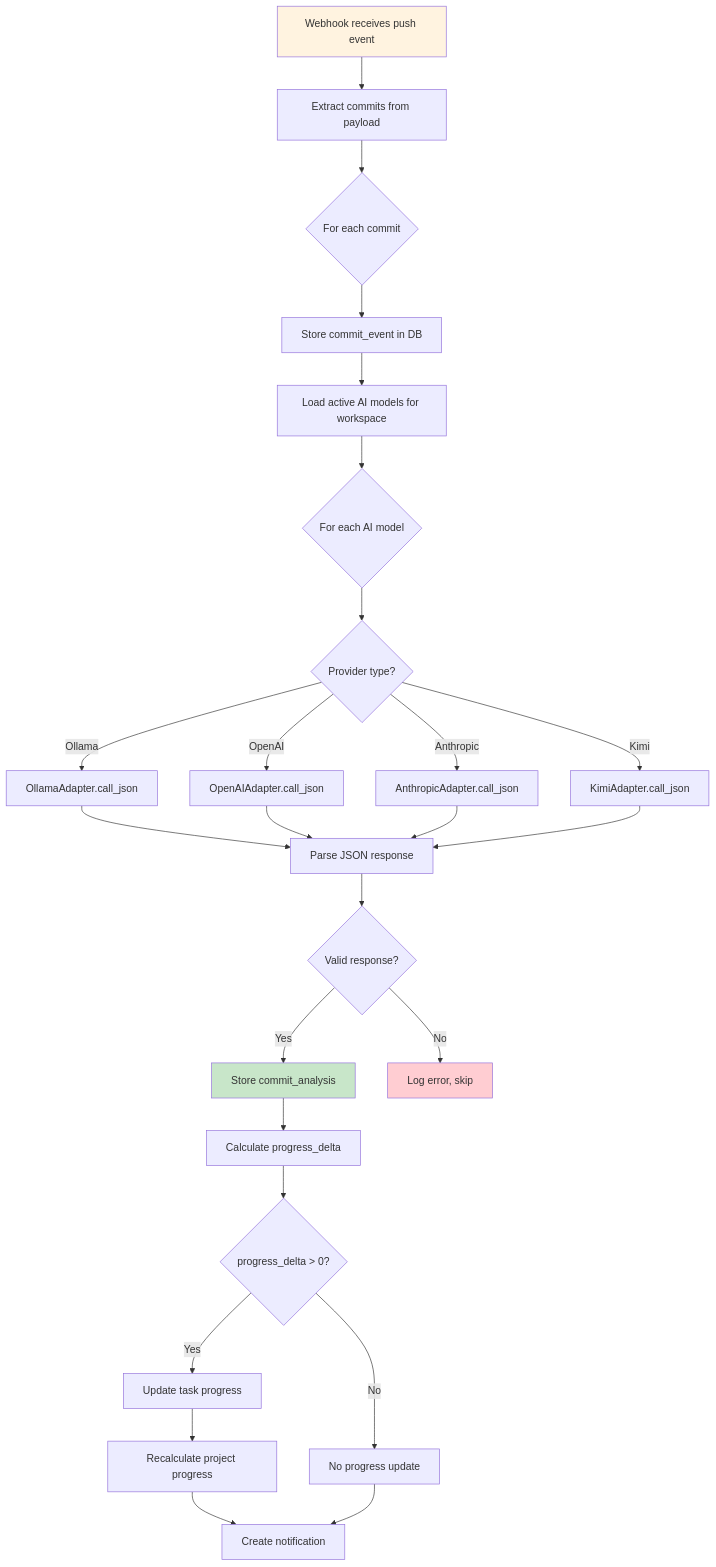
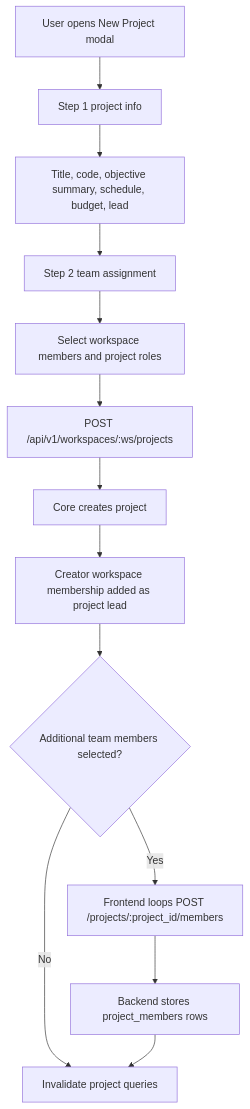
The third of 8 diagrams in docs/FLOWCHARTS.md (cvrvai/OPPM-AI-work-management-system), drawn with Mermaid before and after one commit. The commit also changed other lines of this file and 12 other files, not shown here.

````diff
--- a/docs/FLOWCHARTS.md
+++ b/docs/FLOWCHARTS.md
@@ -149,36 +53,15 @@
 ```mermaid
 flowchart TD
-    A[Webhook receives push event] --> B[Extract commits from payload]
-    B --> C{For each commit}
-    C --> D[Store commit_event in DB]
-    D --> E[Load active AI models for workspace]
-    E --> F{For each AI model}
-
-    F --> G{Provider type?}
-    G -->|Ollama| H[OllamaAdapter.call_json]
-    G -->|OpenAI| I[OpenAIAdapter.call_json]
-    G -->|Anthropic| J[AnthropicAdapter.call_json]
-    G -->|Kimi| K[KimiAdapter.call_json]
-
-    H --> L[Parse JSON response]
-    I --> L
-    J --> L
-    K --> L
-
-    L --> M{Valid response?}
-    M -->|Yes| N[Store commit_analysis]
-    M -->|No| O[Log error, skip]
-
-    N --> P[Calculate progress_delta]
-    P --> Q{progress_delta > 0?}
-    Q -->|Yes| R[Update task progress]
-    R --> S[Recalculate project progress]
-    Q -->|No| T[No progress update]
-
-    S --> U[Create notification]
-    T --> U
-
-    style A fill:#fff3e0
-    style N fill:#c8e6c9
-    style O fill:#ffcdd2
+    A[User opens New Project modal] --> B[Step 1 project info]
+    B --> C[Title, code, objective summary, schedule, budget, lead]
+    C --> D[Step 2 team assignment]
+    D --> E[Select workspace members and project roles]
+    E --> F[POST /api/v1/workspaces/:ws/projects]
+    F --> G[Core creates project]
+    G --> H[Creator workspace membership added as project lead]
+    H --> I{Additional team members selected?}
+    I -- No --> J[Invalidate project queries]
+    I -- Yes --> K[Frontend loops POST /projects/:project_id/members]
+    K --> L[Backend stores project_members rows]
+    L --> J[Invalidate project queries]
 ```
````
